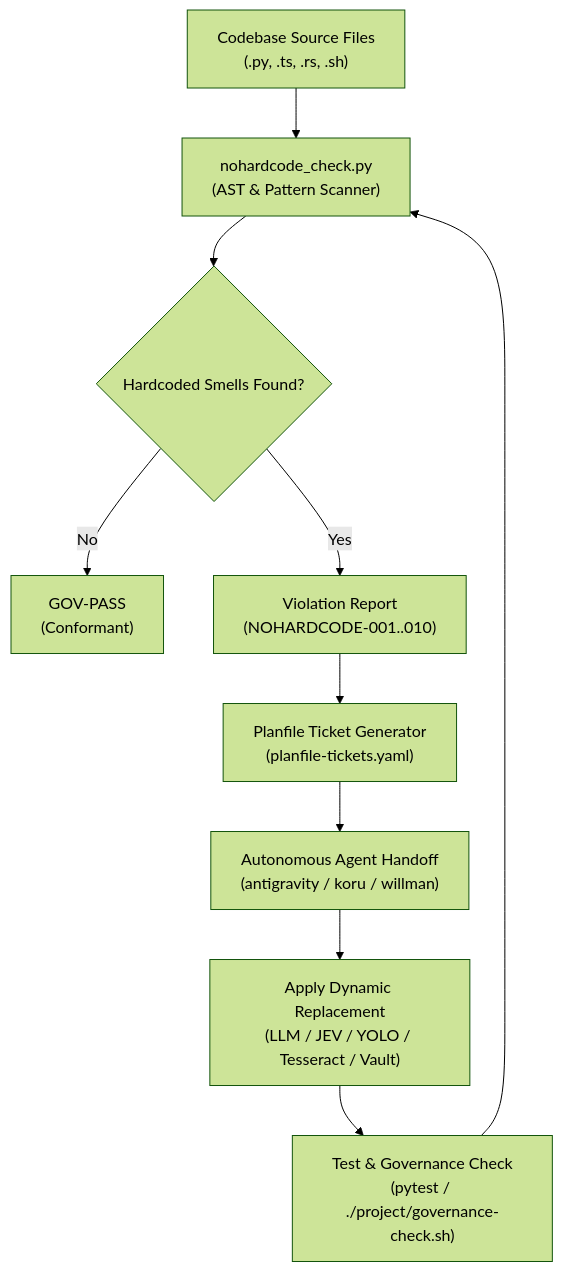
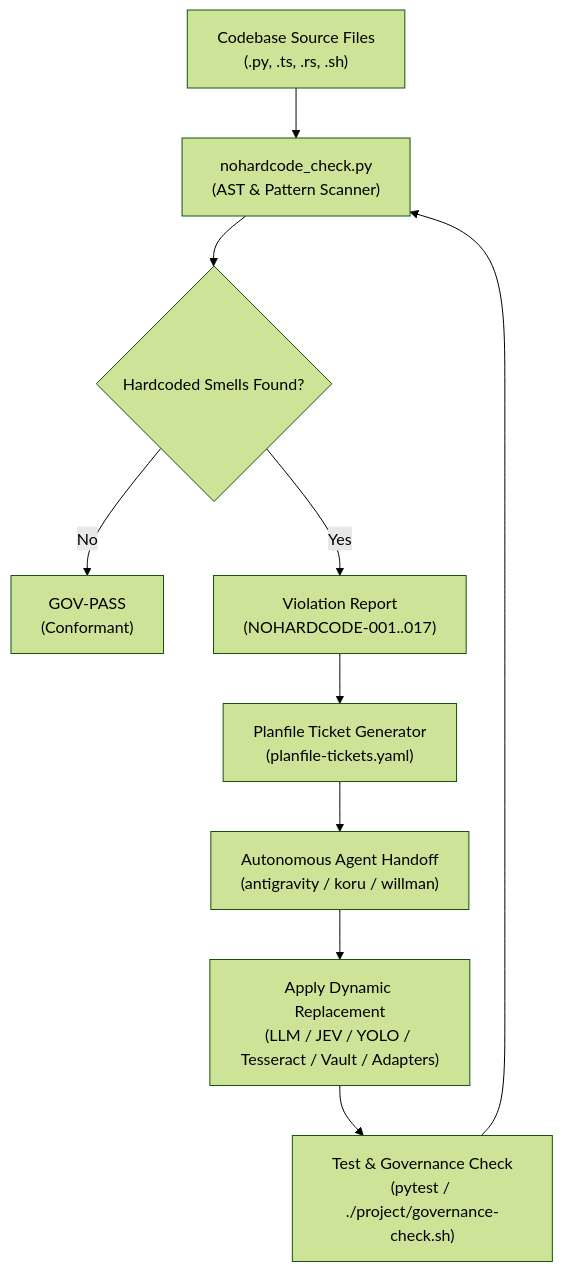
Before and after one commit to wellmanifest/nohardcode: the diagram in docs/ARCHITECTURE.md, drawn with Mermaid (forest theme). The commit also changed other lines of this file and 15 other files, not shown here.

Commit message:
feat(standard): expand nohardcode standard with adaptive dynamic patterns and algorithms (0.2.0-dev)

````diff
--- a/docs/ARCHITECTURE.md
+++ b/docs/ARCHITECTURE.md
@@ -38,12 +41,12 @@
 ```mermaid
 flowchart TD
     A["Codebase Source Files\n(.py, .ts, .rs, .sh)"] --> B["nohardcode_check.py\n(AST & Pattern Scanner)"]
     B --> C{"Hardcoded Smells Found?"}
     C -- "No" --> D["GOV-PASS\n(Conformant)"]
-    C -- "Yes" --> E["Violation Report\n(NOHARDCODE-001..010)"]
+    C -- "Yes" --> E["Violation Report\n(NOHARDCODE-001..017)"]
     E --> F["Planfile Ticket Generator\n(planfile-tickets.yaml)"]
     F --> G["Autonomous Agent Handoff\n(antigravity / koru / willman)"]
-    G --> H["Apply Dynamic Replacement\n(LLM / JEV / YOLO / Tesseract / Vault)"]
+    G --> H["Apply Dynamic Replacement\n(LLM / JEV / YOLO / Tesseract / Vault / Adapters)"]
     H --> I["Test & Governance Check\n(pytest / ./project/governance-check.sh)"]
     I --> B
 ```
````
